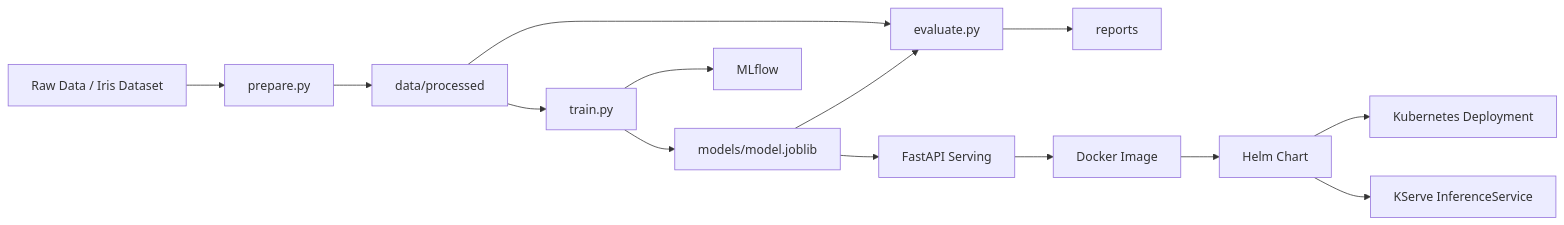
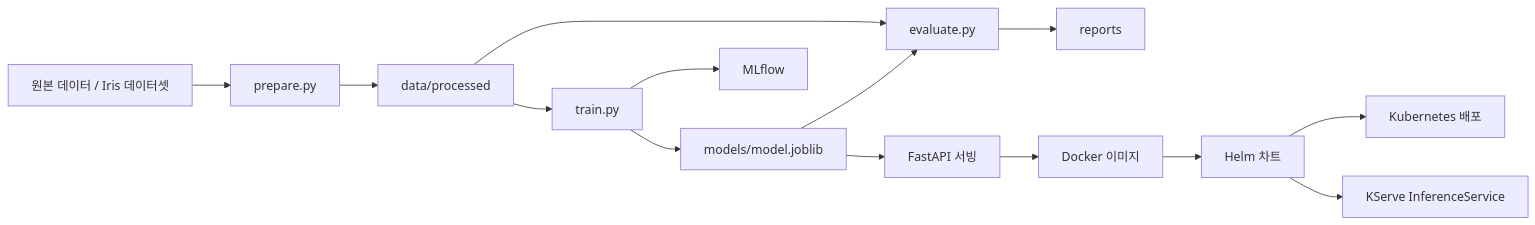
The first of 2 diagrams in README.md (kijungchoi-hub/pdp-mlops-with-dvc-and-mlflow), drawn with Mermaid before and after one commit. The commit also changed other lines of this file and 30 other files, not shown here.

````diff
--- a/README.md
+++ b/README.md
@@ -17,16 +26,16 @@
 ```mermaid
 flowchart LR
-    A[Raw Data / Iris Dataset] --> B[prepare.py]
+    A[원본 데이터 / Iris 데이터셋] --> B[prepare.py]
     B --> C[data/processed]
     C --> D[train.py]
     D --> E[models/model.joblib]
     D --> F[MLflow]
     C --> G[evaluate.py]
     E --> G
     G --> H[reports]
-    E --> I[FastAPI Serving]
-    I --> J[Docker Image]
-    J --> K[Helm Chart]
-    K --> L[Kubernetes Deployment]
+    E --> I[FastAPI 서빙]
+    I --> J[Docker 이미지]
+    J --> K[Helm 차트]
+    K --> L[Kubernetes 배포]
     K --> M[KServe InferenceService]
 ```
````
